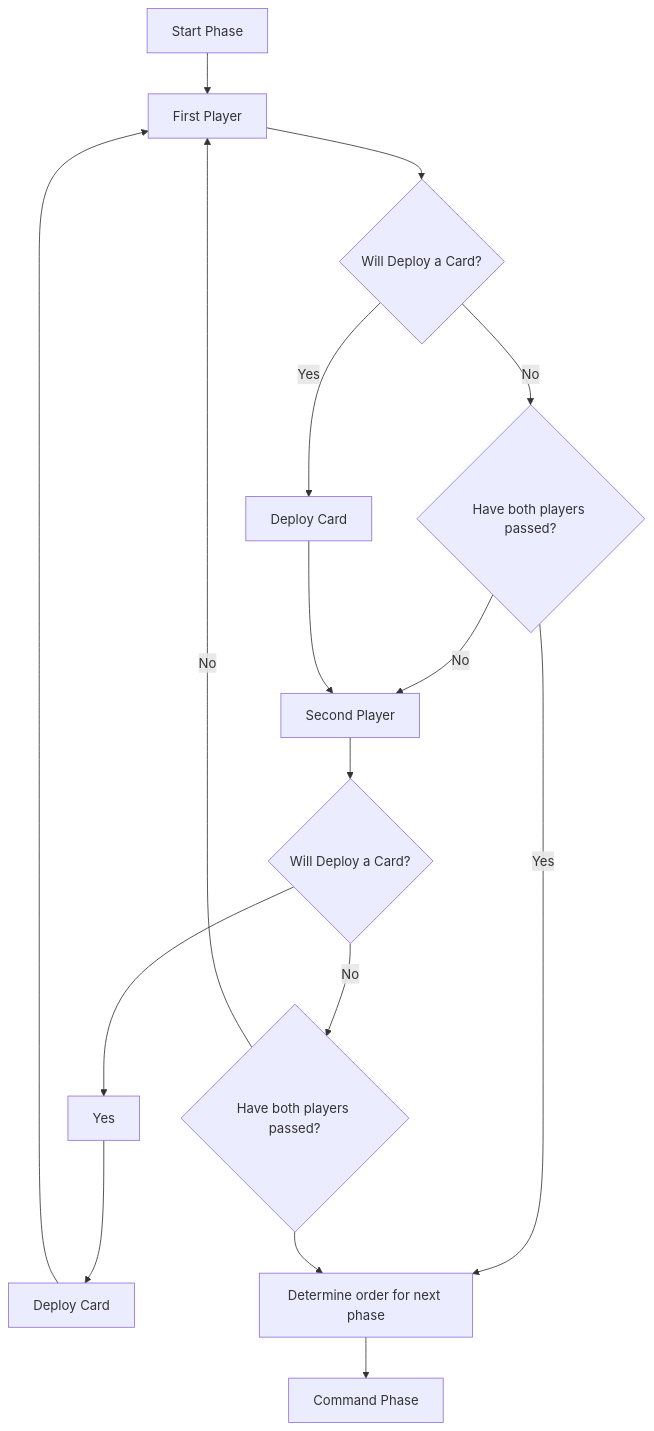
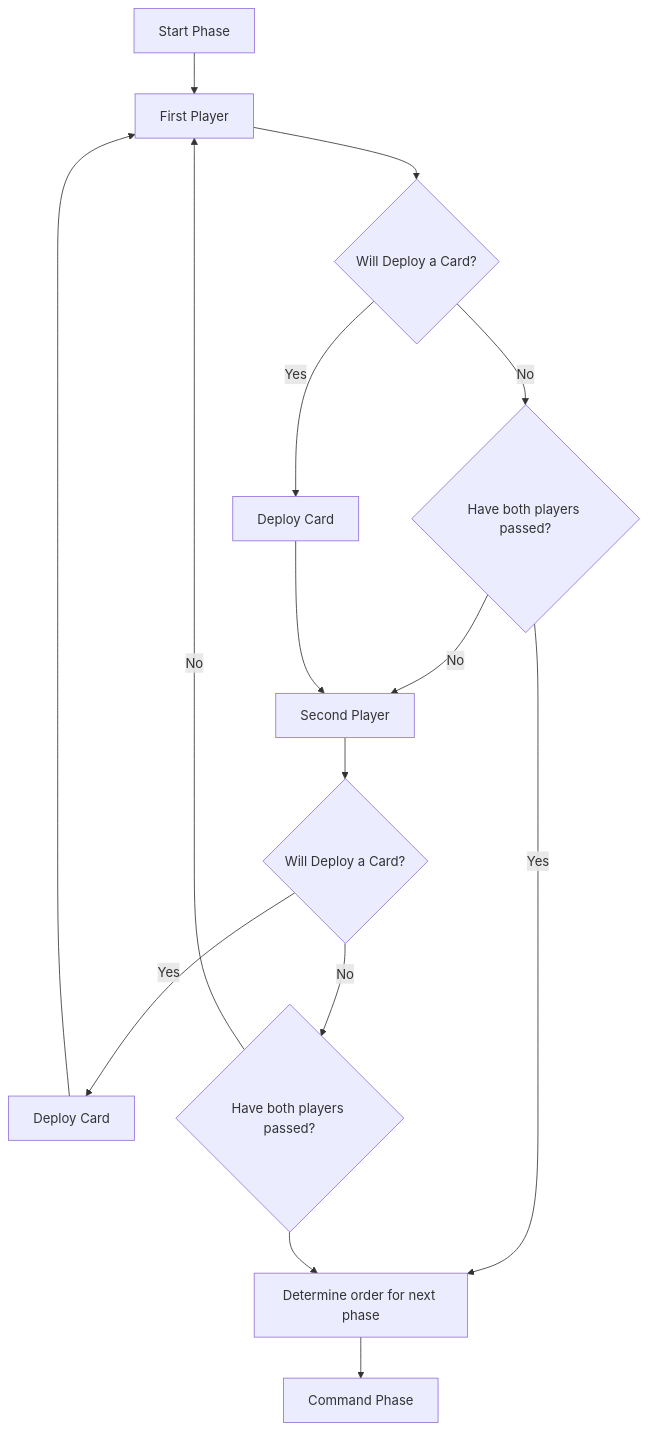
The third of 5 diagrams in Rules.md (Billaferd/QuantumNexus), drawn with Mermaid before and after one commit. The commit also changed other lines of this file, not shown here.

````diff
--- a/Rules.md
+++ b/Rules.md
@@ -278,17 +284,17 @@
 ```mermaid
 graph TD;
   Start[Start Phase] --> FirstPlayer[First Player];
   FirstPlayer --> WillDeploy1{Will Deploy a Card?};
   WillDeploy1 -- Yes --> DeployCard1[Deploy Card];
   WillDeploy1 -- No --> BothPass1{Have both players passed?};
   BothPass1 -- No --> SecondPlayer[Second Player];
   DeployCard1 --> SecondPlayer;
   SecondPlayer --> WillDeploy2{Will Deploy a Card?};
-  WillDeploy2 --> Yes --> DeployCard2[Deploy Card];
+  WillDeploy2 -- Yes --> DeployCard2[Deploy Card];
   WillDeploy2 -- No --> BothPass2{Have both players passed?};
   DeployCard2 --> FirstPlayer;
   BothPass2 -- No --> FirstPlayer;
   BothPass1 -- Yes --> DetermineOrder[Determine order for next phase];
   BothPass2 --> DetermineOrder
   DetermineOrder --> CommandPhase[Command Phase];
 ```
````
